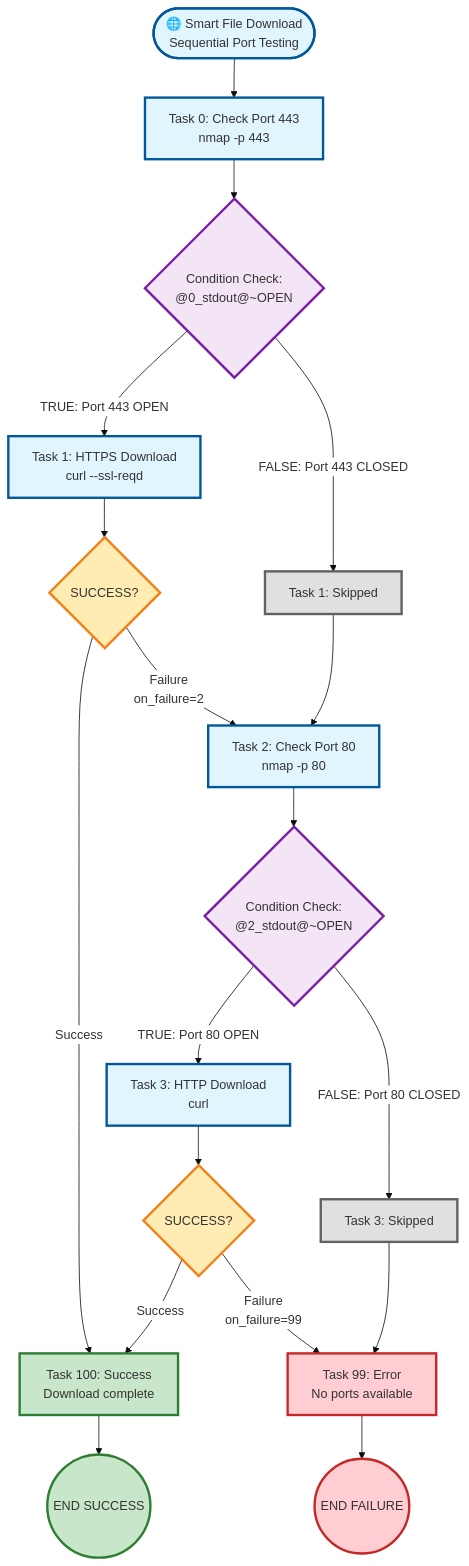
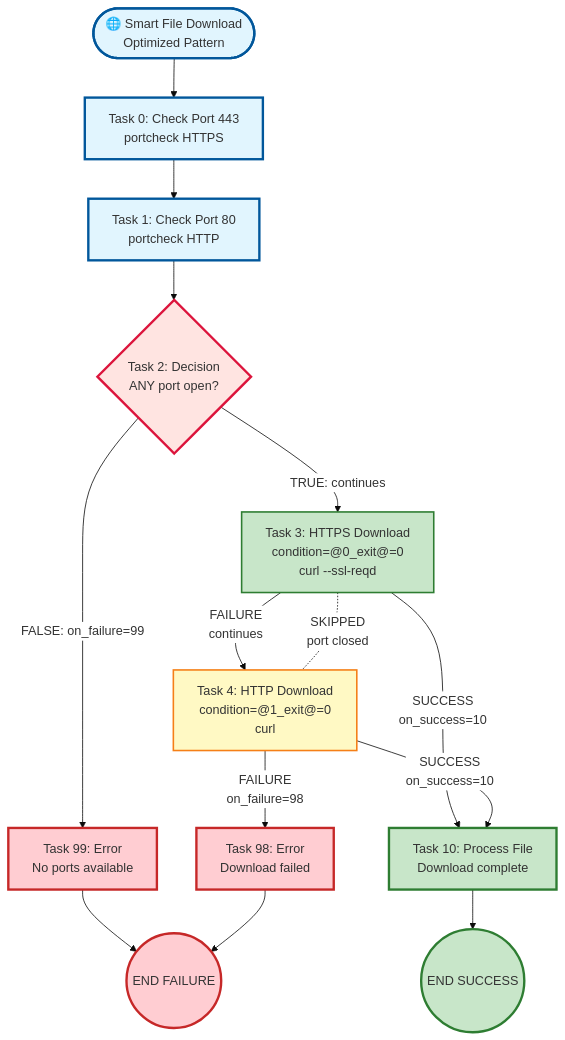
The fourth of 4 diagrams in README.md (bastelbude1/Tasker), drawn with Mermaid before and after one commit. The commit also changed other lines of this file and 17 other files, not shown here.

````diff
--- a/README.md
+++ b/README.md
@@ -3666,44 +3737,34 @@
 ```mermaid
 %%{init: {'theme':'base', 'themeVariables': {'primaryColor':'#ffffff'}}}%%
 flowchart TD
-    Start([🌐 Smart File Download<br/>Sequential Port Testing]) --> T0[Task 0: Check Port 443<br/>nmap -p 443]
-    T0 --> C1{Condition Check:<br/>@0_stdout@~OPEN}
+    Start([🌐 Smart File Download<br/>Optimized Pattern]) --> T0[Task 0: Check Port 443<br/>portcheck HTTPS]
+    T0 --> T1[Task 1: Check Port 80<br/>portcheck HTTP]
 
-    C1 -->|TRUE: Port 443 OPEN| T1[Task 1: HTTPS Download<br/>curl --ssl-reqd]
-    C1 -->|FALSE: Port 443 CLOSED| Skip1[Task 1: Skipped]
+    T1 --> D2{Task 2: Decision<br/>ANY port open?}
 
-    T1 --> S1{SUCCESS?}
-    S1 -->|Success| Success[Task 100: Success<br/>Download complete]
-    S1 -->|Failure<br/>on_failure=2| T2[Task 2: Check Port 80<br/>nmap -p 80]
+    D2 -->|FALSE: on_failure=99| Failed[Task 99: Error<br/>No ports available]
+    D2 -->|TRUE: continues| T3[Task 3: HTTPS Download<br/>condition=@0_exit@=0<br/>curl --ssl-reqd]
 
-    Skip1 --> T2
-    T2 --> C2{Condition Check:<br/>@2_stdout@~OPEN}
+    T3 -->|SUCCESS<br/>on_success=10| Success[Task 10: Process File<br/>Download complete]
+    T3 -->|FAILURE<br/>continues| T4[Task 4: HTTP Download<br/>condition=@1_exit@=0<br/>curl]
+    T3 -.-|SKIPPED<br/>port closed| T4
 
-    C2 -->|TRUE: Port 80 OPEN| T3[Task 3: HTTP Download<br/>curl]
-    C2 -->|FALSE: Port 80 CLOSED| Skip3[Task 3: Skipped]
-
-    T3 --> S3{SUCCESS?}
-    S3 -->|Success| Success
-    S3 -->|Failure<br/>on_failure=99| Failed[Task 99: Error<br/>No ports available]
-
-    Skip3 --> Failed
+    T4 -->|SUCCESS<br/>on_success=10| Success
+    T4 -->|FAILURE<br/>on_failure=98| Failed2[Task 98: Error<br/>Download failed]
 
     Success --> Complete((END SUCCESS))
     Failed --> Stop((END FAILURE))
+    Failed2 --> Stop
 
     style Start fill:#e1f5fe,stroke:#01579b,stroke-width:3px
     style T0 fill:#e1f5fe,stroke:#01579b,stroke-width:3px
     style T1 fill:#e1f5fe,stroke:#01579b,stroke-width:3px
-    style T2 fill:#e1f5fe,stroke:#01579b,stroke-width:3px
-    style T3 fill:#e1f5fe,stroke:#01579b,stroke-width:3px
-    style C1 fill:#f3e5f5,stroke:#7b1fa2,stroke-width:3px
-    style C2 fill:#f3e5f5,stroke:#7b1fa2,stroke-width:3px
-    style S1 fill:#ffecb3,stroke:#f57f17,stroke-width:3px
-    style S3 fill:#ffecb3,stroke:#f57f17,stroke-width:3px
-    style Skip1 fill:#e0e0e0,stroke:#616161,stroke-width:3px
-    style Skip3 fill:#e0e0e0,stroke:#616161,stroke-width:3px
+    style T3 fill:#c8e6c9,stroke:#2e7d32,stroke-width:2px
+    style T4 fill:#fff9c4,stroke:#f57f17,stroke-width:2px
+    style D2 fill:#FFE4E1,stroke:#DC143C,stroke-width:3px
     style Success fill:#c8e6c9,stroke:#2e7d32,stroke-width:3px
     style Failed fill:#ffcdd2,stroke:#c62828,stroke-width:3px
+    style Failed2 fill:#ffcdd2,stroke:#c62828,stroke-width:3px
     style Complete fill:#c8e6c9,stroke:#2e7d32,stroke-width:3px
     style Stop fill:#ffcdd2,stroke:#c62828,stroke-width:3px
 ```
````
